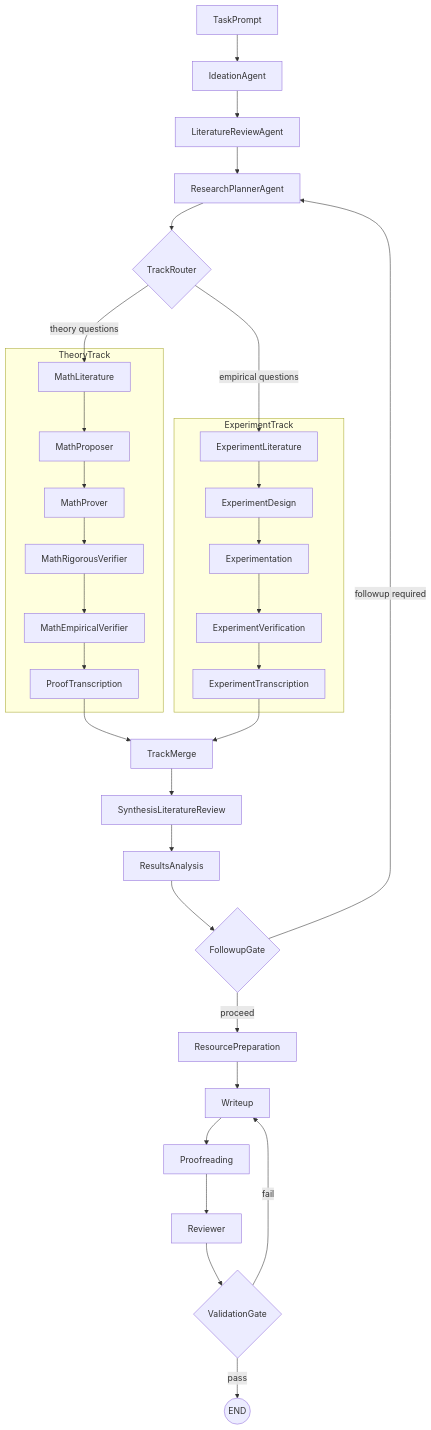
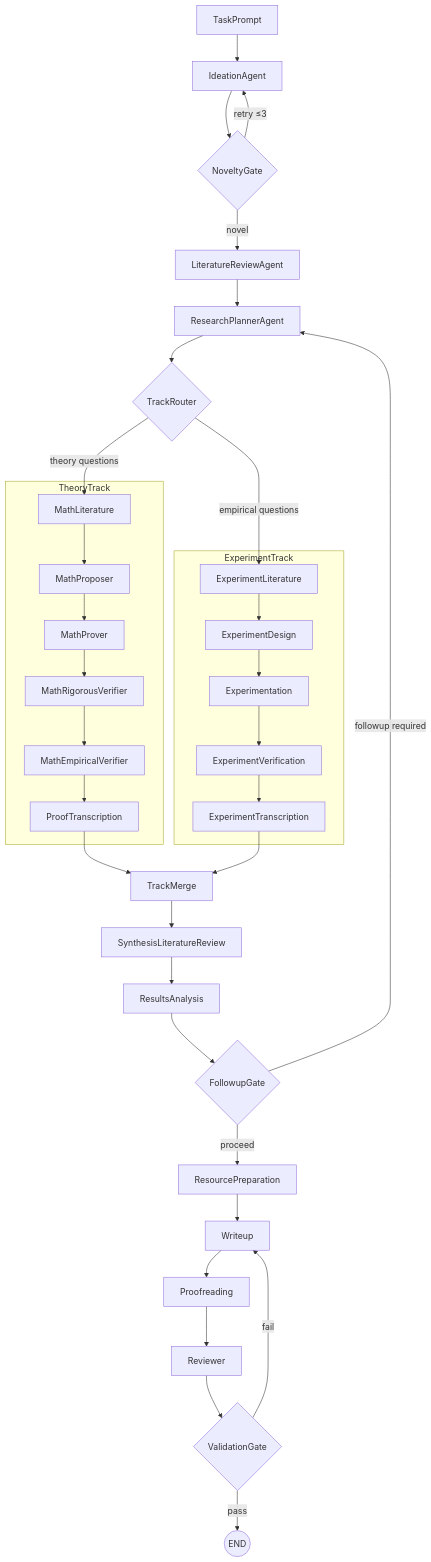
Before and after one commit to andreb999999/pAI-physics: the first of 2 diagrams in README.md, drawn with Mermaid. The commit also changed other lines of this file and 23 other files, not shown here.

````diff
--- a/README.md
+++ b/README.md
@@ -138,42 +175,44 @@
 ```mermaid
 flowchart TD
     taskPrompt[TaskPrompt] --> ideation[IdeationAgent]
-    ideation --> litReview[LiteratureReviewAgent]
+    ideation --> noveltyGate{NoveltyGate}
+    noveltyGate -->|"novel"| litReview[LiteratureReviewAgent]
+    noveltyGate -->|"retry ≤3"| ideation
     litReview --> planner[ResearchPlannerAgent]
     planner --> trackRouter{TrackRouter}
 
     subgraph theoryTrack [TheoryTrack]
         mathLit[MathLiterature]
         mathProp[MathProposer]
         mathProver[MathProver]
         mathRigorous[MathRigorousVerifier]
         mathEmpirical[MathEmpiricalVerifier]
         proofTrans[ProofTranscription]
         mathLit --> mathProp --> mathProver --> mathRigorous --> mathEmpirical --> proofTrans
     end
 
     subgraph experimentTrack [ExperimentTrack]
         expLit[ExperimentLiterature]
         expDesign[ExperimentDesign]
         expExec[Experimentation]
         expVerify[ExperimentVerification]
         expTrans[ExperimentTranscription]
         expLit --> expDesign --> expExec --> expVerify --> expTrans
     end
 
     trackRouter -->|"theory questions"| mathLit
     trackRouter -->|"empirical questions"| expLit
     proofTrans --> trackMerge[TrackMerge]
     expTrans --> trackMerge
     trackMerge --> synthLit[SynthesisLiteratureReview]
     synthLit --> resultsAnalysis[ResultsAnalysis]
     resultsAnalysis --> followupGate{FollowupGate}
     followupGate -->|"followup required"| planner
     followupGate -->|"proceed"| resourcePrep[ResourcePreparation]
     resourcePrep --> writeup[Writeup]
     writeup --> proofread[Proofreading]
     proofread --> reviewer[Reviewer]
     reviewer --> validationGate{ValidationGate}
     validationGate -->|pass| endNode((END))
     validationGate -->|fail| writeup
 ```
````
